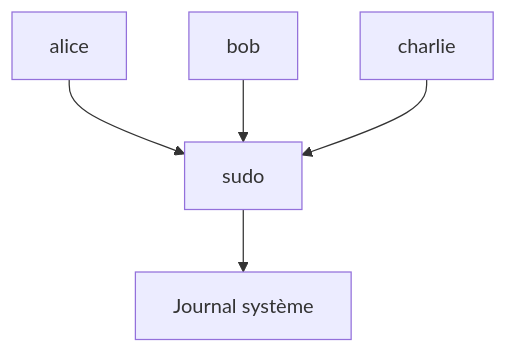
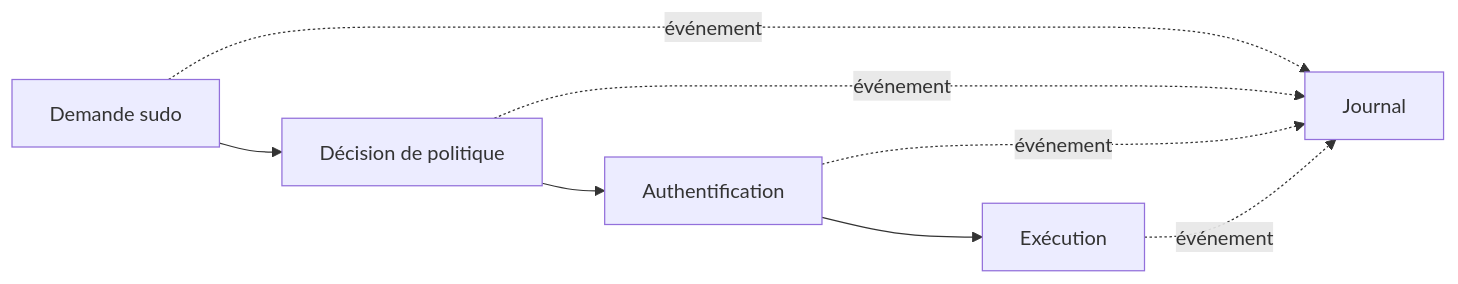
One commit to tdelaclos/formations changed the fourth of 4 diagrams in campagne 1/1.8-sudo-moindre-privilege.md. Above: the diagram before and after it, drawn with Mermaid. The commit also changed other lines of this file and 10 other files, not shown here.

````diff
--- a/campagne 1/1.8-sudo-moindre-privilege.md
+++ b/campagne 1/1.8-sudo-moindre-privilege.md
@@ -714,19 +186,10 @@
 ```mermaid
-flowchart TD
-
-A["alice"]
-
-B["bob"]
-
-C["charlie"]
-
-D["sudo"]
-
-E["Journal système"]
-
-A --> D
-B --> D
-C --> D
-
-D --> E
+flowchart LR
+    Request["Demande sudo"] --> Decision["Décision de politique"]
+    Decision --> Auth["Authentification"]
+    Auth --> Exec["Exécution"]
+    Request -. événement .-> Journal["Journal"]
+    Decision -. événement .-> Journal
+    Auth -. événement .-> Journal
+    Exec -. événement .-> Journal
 ```
````
